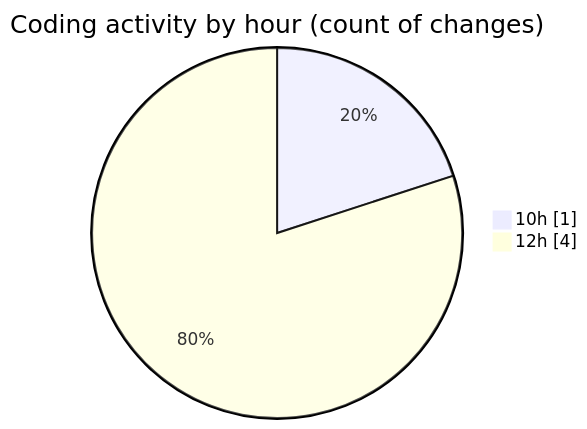
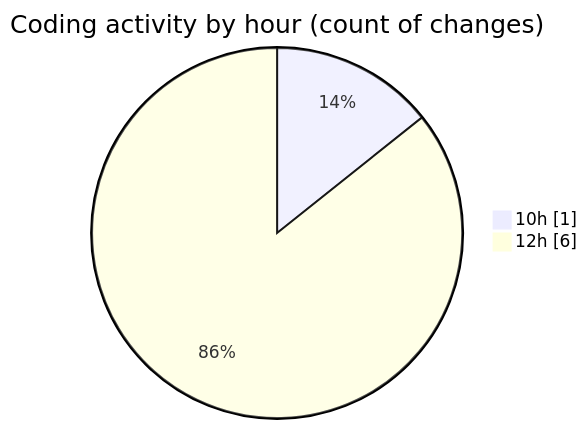
Before and after one commit to LanceThiago/code-tracking: the second of 2 diagrams in 2025-04-25/enre_-_calculadora_de_consumo_v_2022_files/README.md, drawn with Mermaid. The commit also changed other lines of this file and 1 other file, not shown here.

````diff
--- a/2025-04-25/enre_-_calculadora_de_consumo_v_2022_files/README.md
+++ b/2025-04-25/enre_-_calculadora_de_consumo_v_2022_files/README.md
@@ -28,6 +28,6 @@
 ```mermaid
 pie showData
 title Coding activity by hour (count of changes)
 "10h" : 1
-"12h" : 4
+"12h" : 6
 ```
````
